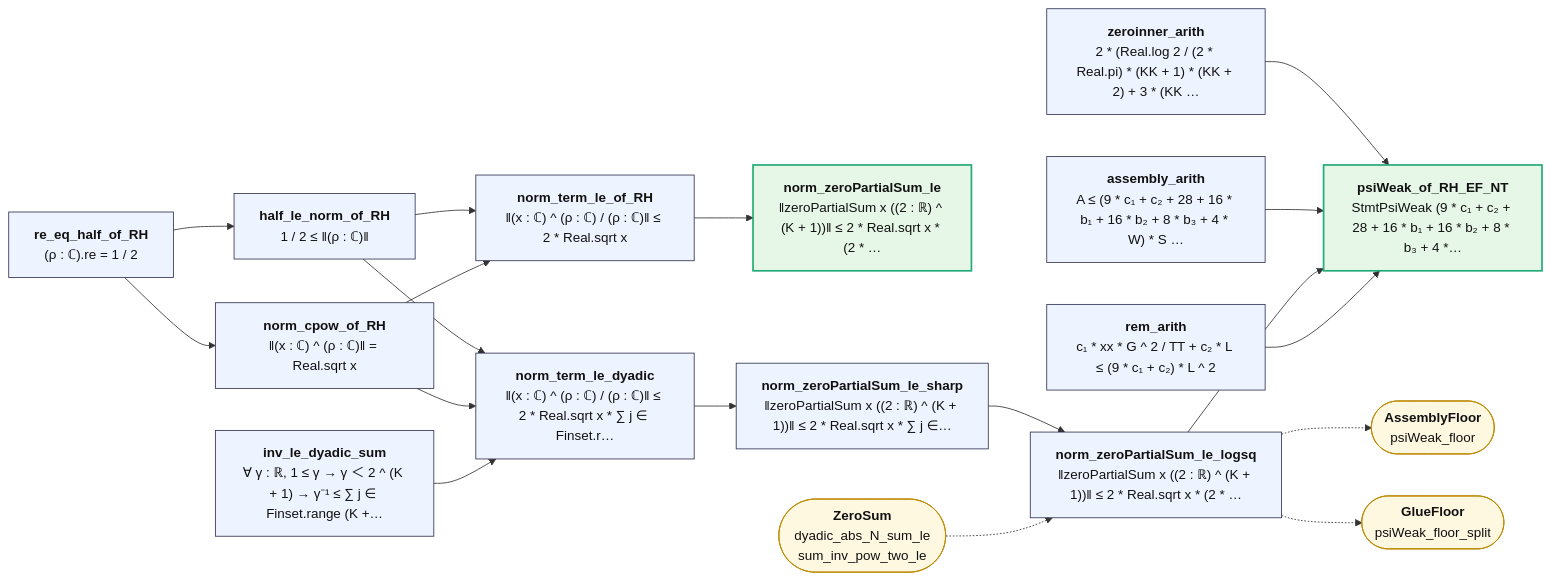
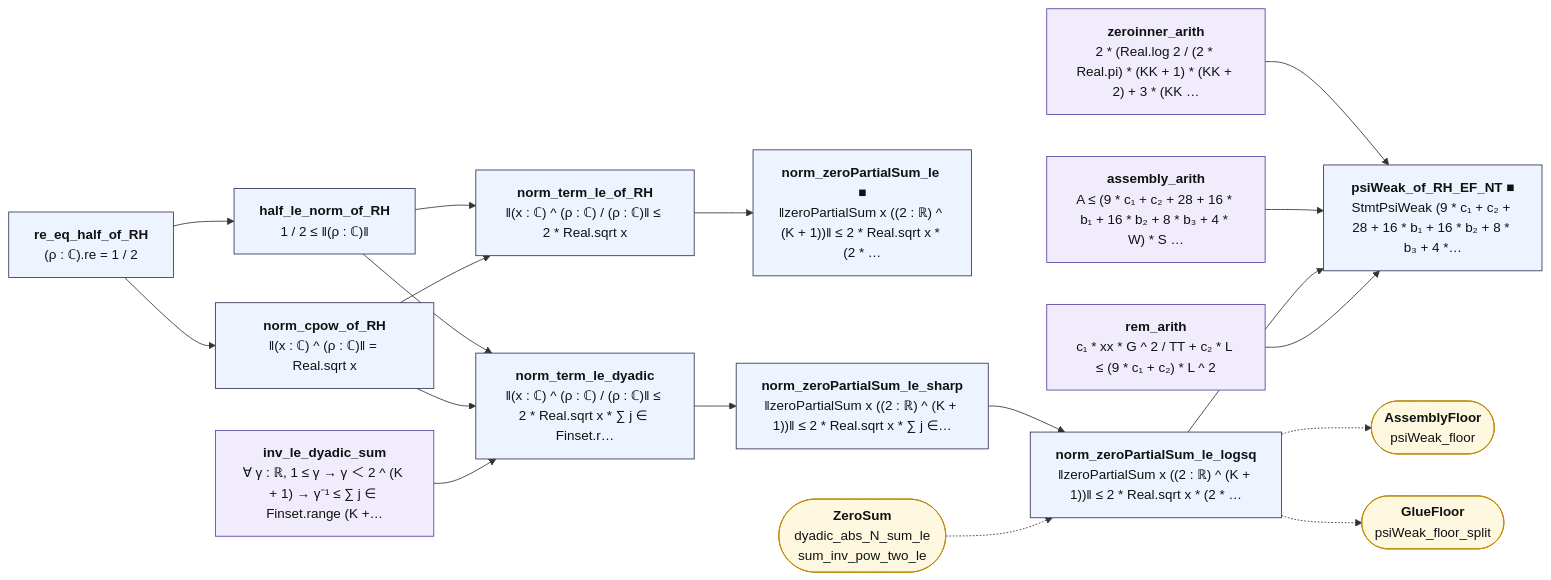
Before and after one commit to juliansambranojr/Primebeat_081426: the diagram in map/lean_stage3/Assembly.md, drawn with Mermaid. The commit also changed other lines of this file and 398 other files, not shown here.

````diff
--- a/map/lean_stage3/Assembly.md
+++ b/map/lean_stage3/Assembly.md
@@ -12,41 +12,44 @@
 ```mermaid
 flowchart LR
   n0["<b>re_eq_half_of_RH</b><br/>(ρ : ℂ).re = 1 / 2"]:::thm
   n1["<b>half_le_norm_of_RH</b><br/>1 / 2 ≤ ‖(ρ : ℂ)‖"]:::thm
   n2["<b>norm_cpow_of_RH</b><br/>‖(x : ℂ) ^ (ρ : ℂ)‖ = Real.sqrt x"]:::thm
   n3["<b>norm_term_le_of_RH</b><br/>‖(x : ℂ) ^ (ρ : ℂ) / (ρ : ℂ)‖ ≤ 2 * Real.sqrt x"]:::thm
-  n4["<b>norm_zeroPartialSum_le</b><br/>‖zeroPartialSum x ((2 : ℝ) ^ (K + 1))‖ ≤ 2 * Real.sqrt x * (2 * …"]:::end_
-  n5["<b>inv_le_dyadic_sum</b><br/>∀ γ : ℝ, 1 ≤ γ → γ ＜ 2 ^ (K + 1) → γ⁻¹ ≤ ∑ j ∈ Finset.range (K +…"]:::thm
+  n4["<b>norm_zeroPartialSum_le ■</b><br/>‖zeroPartialSum x ((2 : ℝ) ^ (K + 1))‖ ≤ 2 * Real.sqrt x * (2 * …"]:::thm
+  n5["<b>inv_le_dyadic_sum</b><br/>∀ γ : ℝ, 1 ≤ γ → γ ＜ 2 ^ (K + 1) → γ⁻¹ ≤ ∑ j ∈ Finset.range (K +…"]:::shp
   n6["<b>norm_term_le_dyadic</b><br/>‖(x : ℂ) ^ (ρ : ℂ) / (ρ : ℂ)‖ ≤ 2 * Real.sqrt x * ∑ j ∈ Finset.r…"]:::thm
   n7["<b>norm_zeroPartialSum_le_sharp</b><br/>‖zeroPartialSum x ((2 : ℝ) ^ (K + 1))‖ ≤ 2 * Real.sqrt x * ∑ j ∈…"]:::thm
   n8["<b>norm_zeroPartialSum_le_logsq</b><br/>‖zeroPartialSum x ((2 : ℝ) ^ (K + 1))‖ ≤ 2 * Real.sqrt x * (2 * …"]:::thm
-  n9["<b>rem_arith</b><br/>c₁ * xx * G ^ 2 / TT + c₂ * L ≤ (9 * c₁ + c₂) * L ^ 2"]:::thm
-  n10["<b>zeroinner_arith</b><br/>2 * (Real.log 2 / (2 * Real.pi) * (KK + 1) * (KK + 2) + 3 * (KK …"]:::thm
-  n11["<b>assembly_arith</b><br/>A ≤ (9 * c₁ + c₂ + 28 + 16 * b₁ + 16 * b₂ + 8 * b₃ + 4 * W) * S …"]:::thm
-  n12["<b>psiWeak_of_RH_EF_NT</b><br/>StmtPsiWeak (9 * c₁ + c₂ + 28 + 16 * b₁ + 16 * b₂ + 8 * b₃ + 4 *…"]:::end_
+  n9["<b>rem_arith</b><br/>c₁ * xx * G ^ 2 / TT + c₂ * L ≤ (9 * c₁ + c₂) * L ^ 2"]:::shp
+  n10["<b>zeroinner_arith</b><br/>2 * (Real.log 2 / (2 * Real.pi) * (KK + 1) * (KK + 2) + 3 * (KK …"]:::shp
+  n11["<b>assembly_arith</b><br/>A ≤ (9 * c₁ + c₂ + 28 + 16 * b₁ + 16 * b₂ + 8 * b₃ + 4 * W) * S …"]:::shp
+  n12["<b>psiWeak_of_RH_EF_NT ■</b><br/>StmtPsiWeak (9 * c₁ + c₂ + 28 + 16 * b₁ + 16 * b₂ + 8 * b₃ + 4 *…"]:::thm
   x0(["<b>ZeroSum</b><br/>dyadic_abs_N_sum_le<br/>sum_inv_pow_two_le"]):::ext
   x1(["<b>AssemblyFloor</b><br/>psiWeak_floor"]):::ext
   x2(["<b>GlueFloor</b><br/>psiWeak_floor_split"]):::ext
   n0 --> n1
   n0 --> n2
   n1 --> n3
   n1 --> n6
   n10 --> n12
   n11 --> n12
   n2 --> n3
   n2 --> n6
   n3 --> n4
   n5 --> n6
   n6 --> n7
   n7 --> n8
   n8 --> n12
   n9 --> n12
   n8 -.-> x1
   n8 -.-> x2
   x0 -.-> n8
+  classDef cnt fill:#dff5ec,stroke:#17694a,color:#111
+  classDef shp fill:#f1ecfb,stroke:#5b3fa0,color:#111
+  classDef rh fill:#ffe5e5,stroke:#c22,color:#111,stroke-width:2px
   classDef thm fill:#eef4ff,stroke:#335,color:#111
   classDef end_ fill:#e7f7e7,stroke:#2a7,color:#111,stroke-width:2px
   classDef lone fill:#fff,stroke:#999,color:#111,stroke-dasharray:4 3
   classDef bad fill:#ffe5e5,stroke:#c22,color:#111,stroke-width:2px
   classDef ext fill:#fff8e1,stroke:#b80,color:#111
 ```
````
